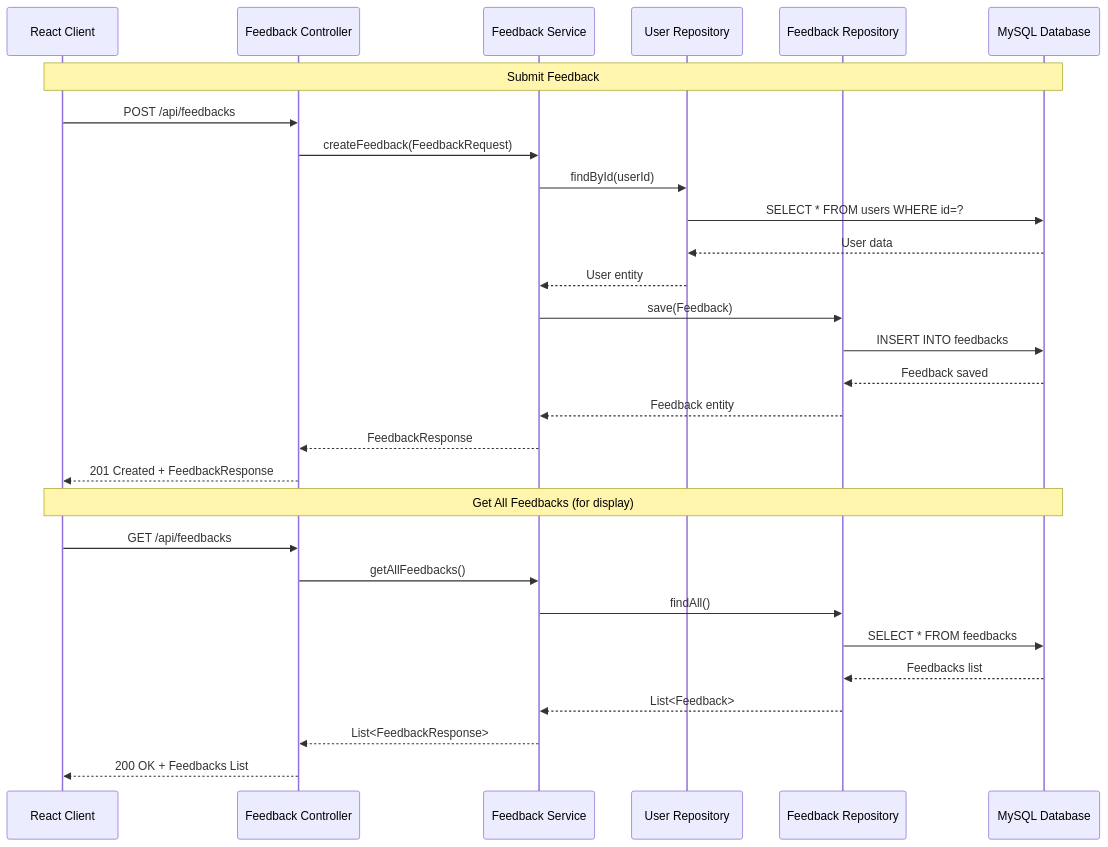
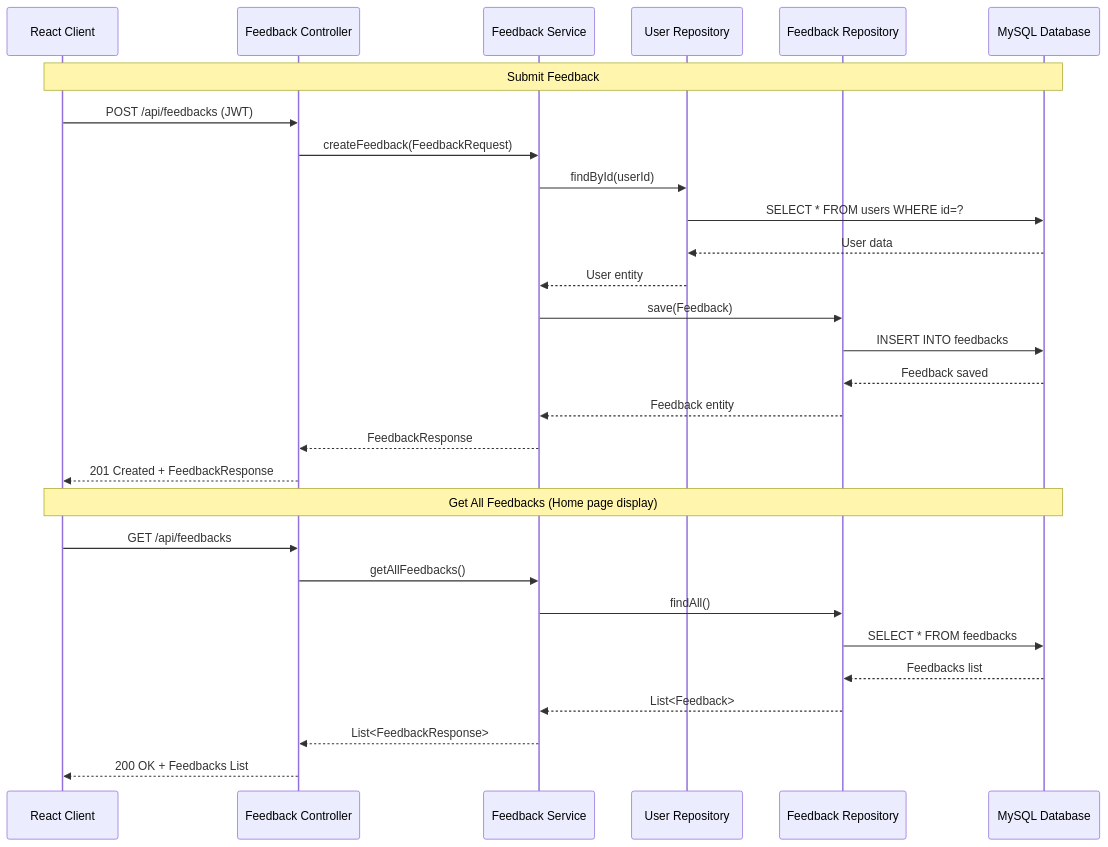
The sixth of 7 diagrams in diagrams/sequential-diagram.md (mahmoudss5/Uni-System), drawn with Mermaid before and after one commit. The commit also changed other lines of this file and 3 other files, not shown here.

Commit message:
update readme and diagrams

````diff
--- a/diagrams/sequential-diagram.md
+++ b/diagrams/sequential-diagram.md
@@ -151,36 +214,33 @@
 ```mermaid
 sequenceDiagram
     participant Client as React Client
     participant FeedbackController as Feedback Controller
     participant FeedbackService as Feedback Service
     participant UserRepo as User Repository
     participant FeedbackRepo as Feedback Repository
     participant DB as MySQL Database
 
     Note over Client,DB: Submit Feedback
-    Client->>FeedbackController: POST /api/feedbacks
+    Client->>FeedbackController: POST /api/feedbacks (JWT)
     FeedbackController->>FeedbackService: createFeedback(FeedbackRequest)
-    
     FeedbackService->>UserRepo: findById(userId)
     UserRepo->>DB: SELECT * FROM users WHERE id=?
     DB-->>UserRepo: User data
     UserRepo-->>FeedbackService: User entity
-    
     FeedbackService->>FeedbackRepo: save(Feedback)
     FeedbackRepo->>DB: INSERT INTO feedbacks
     DB-->>FeedbackRepo: Feedback saved
     FeedbackRepo-->>FeedbackService: Feedback entity
-    
     FeedbackService-->>FeedbackController: FeedbackResponse
     FeedbackController-->>Client: 201 Created + FeedbackResponse
 
-    Note over Client,DB: Get All Feedbacks (for display)
+    Note over Client,DB: Get All Feedbacks (Home page display)
     Client->>FeedbackController: GET /api/feedbacks
     FeedbackController->>FeedbackService: getAllFeedbacks()
     FeedbackService->>FeedbackRepo: findAll()
     FeedbackRepo->>DB: SELECT * FROM feedbacks
     DB-->>FeedbackRepo: Feedbacks list
     FeedbackRepo-->>FeedbackService: List<Feedback>
     FeedbackService-->>FeedbackController: List<FeedbackResponse>
     FeedbackController-->>Client: 200 OK + Feedbacks List
 ```
````
